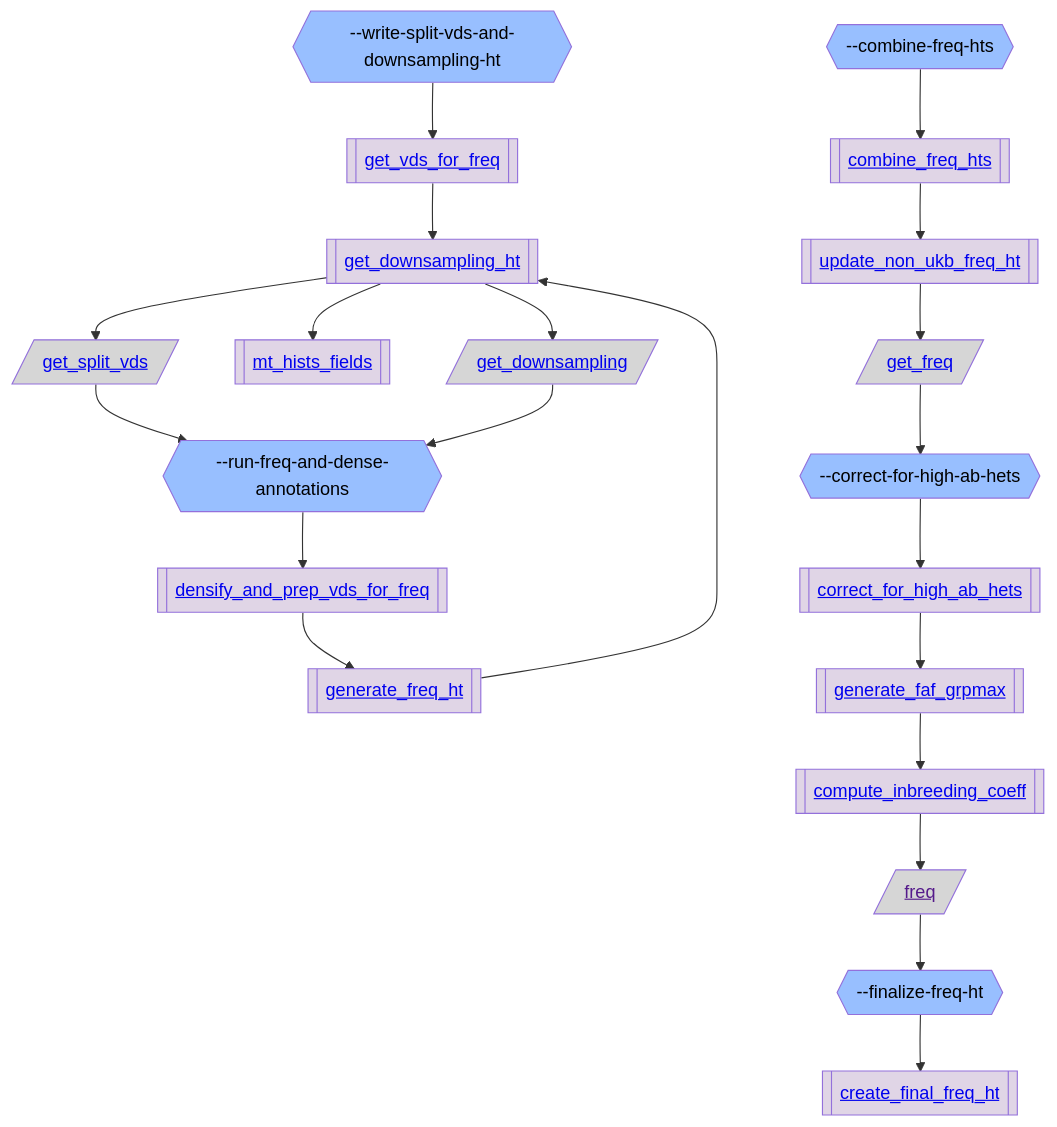
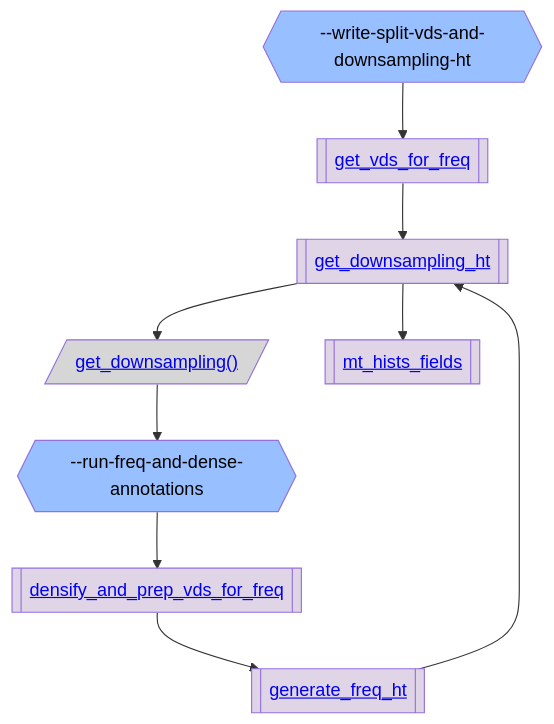
Before and after one commit to broadinstitute/gnomad_qc: the third of 5 diagrams in gnomad_qc/v4/annotations/README.md, drawn with Mermaid. The commit also changed other lines of this file and 3 other files, not shown here.

````diff
--- a/gnomad_qc/v4/annotations/README.md
+++ b/gnomad_qc/v4/annotations/README.md
@@ -149,51 +183,27 @@
 ```mermaid
 flowchart TB;
   classDef script_color fill:#2C5D4A,color:#000000
   classDef step_color fill:#98BFFF,color:#000000
   classDef func_color fill:#E0D5E6,color:#000000
   classDef gnomad_methods_color fill:#F9F2CE,color:#000000
   classDef hail_color fill:#FAEACE,color:#000000
   classDef resource_color fill:#D6D6D6,color:#000000
   classDef validity_check_color fill:#2C5D4A,color:#000000
 
   step_write_split_vds_and_downsampling_ht{{"--write-split-vds-and-downsampling-ht"}}:::step_color;
   func_get_vds_for_freq[["<a href='https://github.com/broadinstitute/gnomad_qc/tree/main/gnomad_qc/v4/annotations/generate_freq.py#L202'>get_vds_for_freq</a>"]]:::func_color;
   func_get_downsampling_ht[["<a href='https://github.com/broadinstitute/gnomad_qc/tree/main/gnomad_qc/v4/annotations/generate_freq.py#L548'>get_downsampling_ht</a>"]]:::func_color;
-  resource_get_split_vds[/"<a href='https://github.com/broadinstitute/gnomad_qc/tree/main/gnomad_qc/v4/resources/annotations.py#L476'>get_split_vds</a>"/]:::resource_color;
+  resource_get_downsampling_[/"<a href='https://github.com/broadinstitute/gnomad_qc/tree/main/gnomad_qc/v4/resources/annotations.py#L262'>get_downsampling()</a>"/]:::resource_color;
   step_run_freq_and_dense_annotations{{"--run-freq-and-dense-annotations"}}:::step_color;
   func_densify_and_prep_vds_for_freq[["<a href='https://github.com/broadinstitute/gnomad_qc/tree/main/gnomad_qc/v4/annotations/generate_freq.py#L505'>densify_and_prep_vds_for_freq</a>"]]:::func_color;
   func_generate_freq_ht[["<a href='https://github.com/broadinstitute/gnomad_qc/tree/main/gnomad_qc/v4/annotations/generate_freq.py#L395'>generate_freq_ht</a>"]]:::func_color;
   func_mt_hists_fields[["<a href='https://github.com/broadinstitute/gnomad_qc/tree/main/gnomad_qc/v4/annotations/generate_freq.py#L636'>mt_hists_fields</a>"]]:::func_color;
-  resource_get_downsampling[/"<a href='https://github.com/broadinstitute/gnomad_qc/tree/main/gnomad_qc/v4/resources/annotations.py#L262'>get_downsampling</a>"/]:::resource_color;
-  step_combine_freq_hts{{"--combine-freq-hts"}}:::step_color;
-  func_combine_freq_hts[["<a href='https://github.com/broadinstitute/gnomad_qc/tree/main/gnomad_qc/v4/annotations/generate_freq.py#L667'>combine_freq_hts</a>"]]:::func_color;
-  func_update_non_ukb_freq_ht[["<a href='https://github.com/broadinstitute/gnomad_qc/tree/main/gnomad_qc/v4/annotations/generate_freq.py#L570'>update_non_ukb_freq_ht</a>"]]:::func_color;
-  resource_get_freq[/"<a href='https://github.com/broadinstitute/gnomad_qc/tree/main/gnomad_qc/v4/resources/annotations.py#L284'>get_freq</a>"/]:::resource_color;
-  step_correct_for_high_ab_hets{{"--correct-for-high-ab-hets"}}:::step_color;
-  func_correct_for_high_ab_hets[["<a href='https://github.com/broadinstitute/gnomad_qc/tree/main/gnomad_qc/v4/annotations/generate_freq.py#L754'>correct_for_high_ab_hets</a>"]]:::func_color;
-  func_generate_faf_grpmax[["<a href='https://github.com/broadinstitute/gnomad_qc/tree/main/gnomad_qc/v4/annotations/generate_freq.py#L815'>generate_faf_grpmax</a>"]]:::func_color;
-  func_compute_inbreeding_coeff[["<a href='https://github.com/broadinstitute/gnomad_qc/tree/main/gnomad_qc/v4/annotations/generate_freq.py#L882'>compute_inbreeding_coeff</a>"]]:::func_color;
-  resource_freq[/"<a href=''>freq</a>"/]:::resource_color;
-  step_finalize_freq_ht{{"--finalize-freq-ht"}}:::step_color;
-  func_create_final_freq_ht[["<a href='https://github.com/broadinstitute/gnomad_qc/tree/main/gnomad_qc/v4/annotations/generate_freq.py#L896'>create_final_freq_ht</a>"]]:::func_color;
   step_write_split_vds_and_downsampling_ht --> func_get_vds_for_freq;
   func_get_vds_for_freq --> func_get_downsampling_ht;
-  func_get_downsampling_ht --> resource_get_split_vds;
-  resource_get_split_vds --> step_run_freq_and_dense_annotations;
+  func_get_downsampling_ht --> resource_get_downsampling_;
+  resource_get_downsampling_ --> step_run_freq_and_dense_annotations;
   step_run_freq_and_dense_annotations --> func_densify_and_prep_vds_for_freq;
   func_densify_and_prep_vds_for_freq --> func_generate_freq_ht;
   func_generate_freq_ht --> func_get_downsampling_ht;
   func_get_downsampling_ht --> func_mt_hists_fields;
-  func_get_downsampling_ht --> resource_get_downsampling;
-  resource_get_downsampling --> step_run_freq_and_dense_annotations;
-  step_combine_freq_hts --> func_combine_freq_hts;
-  func_combine_freq_hts --> func_update_non_ukb_freq_ht;
-  func_update_non_ukb_freq_ht --> resource_get_freq;
-  resource_get_freq --> step_correct_for_high_ab_hets;
-  step_correct_for_high_ab_hets --> func_correct_for_high_ab_hets;
-  func_correct_for_high_ab_hets --> func_generate_faf_grpmax;
-  func_generate_faf_grpmax --> func_compute_inbreeding_coeff;
-  func_compute_inbreeding_coeff --> resource_freq;
-  resource_freq --> step_finalize_freq_ht;
-  step_finalize_freq_ht --> func_create_final_freq_ht;
 ```
````
